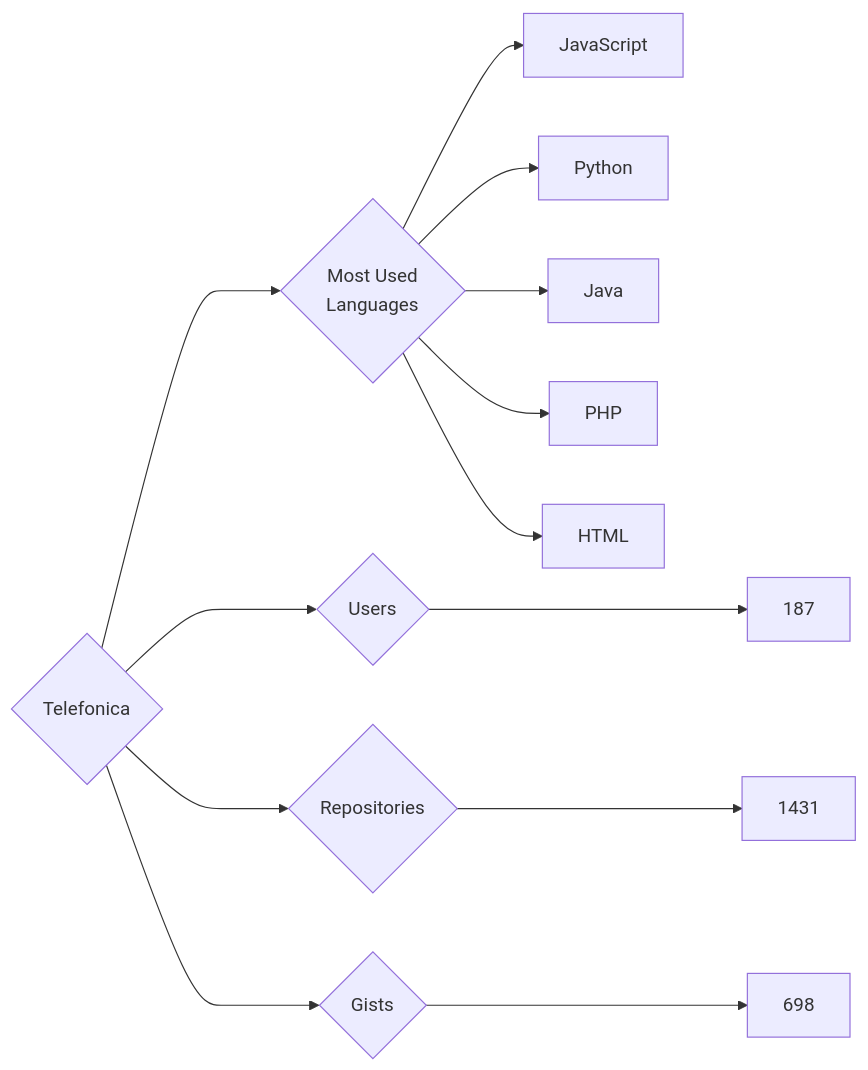
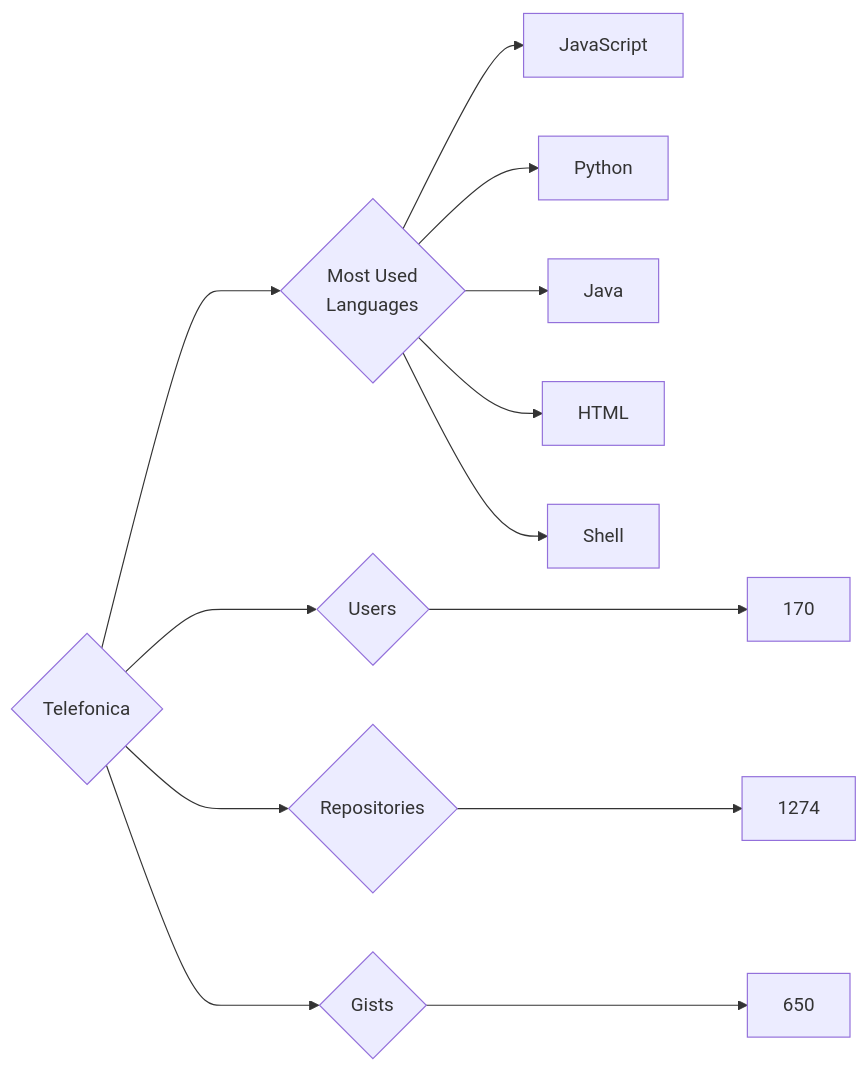
Before and after one commit to trickest/insiders: the diagram in targets/Telefonica/README.md, drawn with Mermaid. The commit also changed 976 other files, not shown here.

````diff
--- a/targets/Telefonica/README.md
+++ b/targets/Telefonica/README.md
@@ -3,13 +3,13 @@
 ```mermaid
 graph LR
 COMPANY_NAME{Telefonica}
-COMPANY_NAME ---> U{Users} ---> UN[187]
-COMPANY_NAME ---> R{Repositories} ---> RN[1431]
-COMPANY_NAME ---> G{Gists} ---> GN[698]
+COMPANY_NAME ---> U{Users} ---> UN[170]
+COMPANY_NAME ---> R{Repositories} ---> RN[1274]
+COMPANY_NAME ---> G{Gists} ---> GN[650]
 COMPANY_NAME ---> ML{Most Used<br>Languages}
 ML --> JavaScript[JavaScript]
 ML --> Python[Python]
 ML --> Java[Java]
-ML --> PHP[PHP]
 ML --> HTML[HTML]
+ML --> Shell[Shell]
 ```
````
